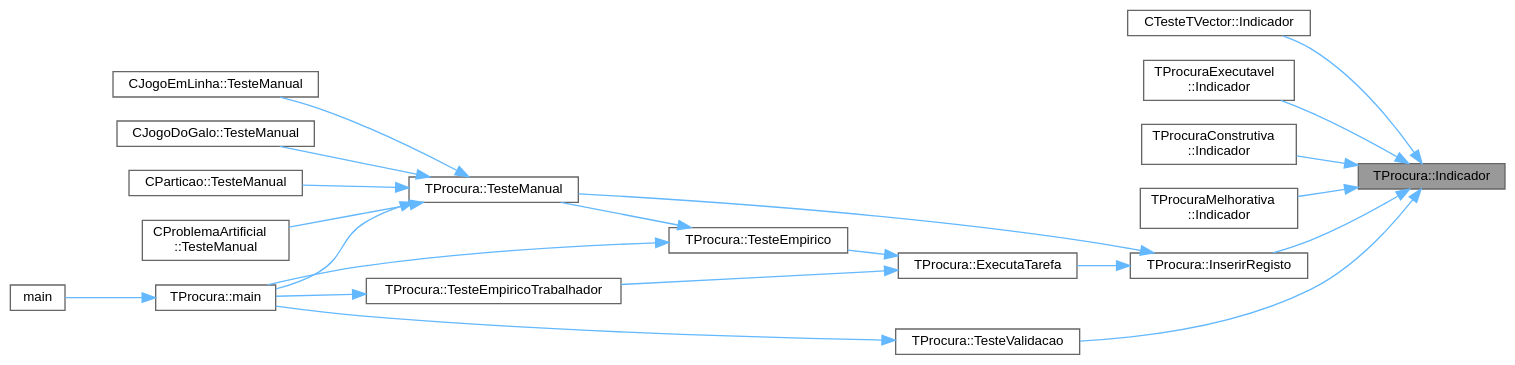
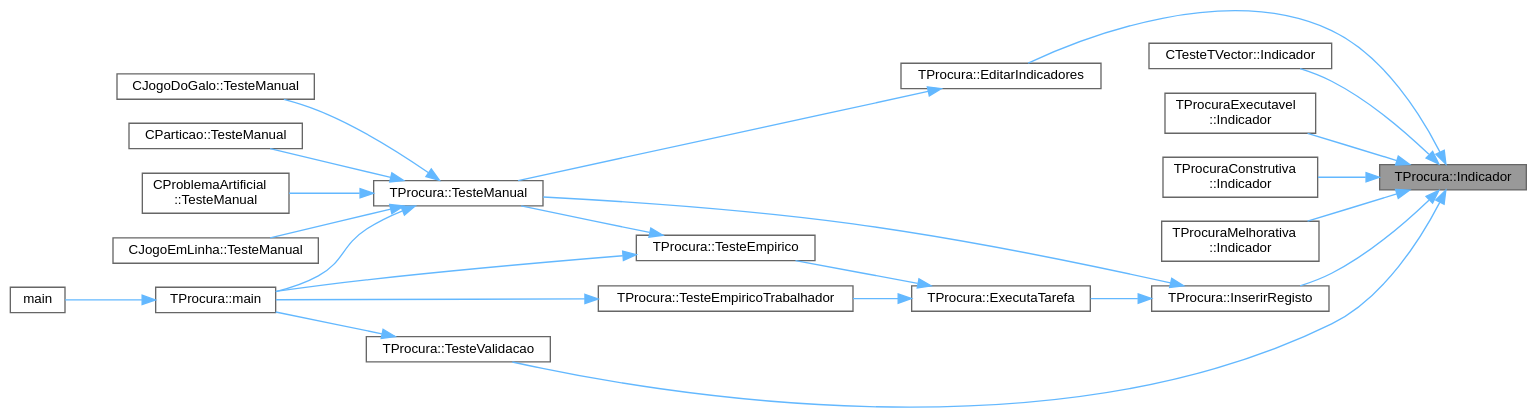
Before and after one commit to jcoelho72/TProcura: the diagram in classTProcura_a39f8ec3e0c97c7bc1bcd45e685168da2_icgraph.dot, drawn with Graphviz. The commit also changed 25 other files, not shown here.

```diff
--- a/classTProcura_a39f8ec3e0c97c7bc1bcd45e685168da2_icgraph.dot
+++ b/classTProcura_a39f8ec3e0c97c7bc1bcd45e685168da2_icgraph.dot
@@ -1,45 +1,48 @@
 digraph "TProcura::Indicador"
 {
  // LATEX_PDF_SIZE
   bgcolor="transparent";
   edge [fontname=Helvetica,fontsize=10,labelfontname=Helvetica,labelfontsize=10];
   node [fontname=Helvetica,fontsize=10,shape=box,height=0.2,width=0.4];
   rankdir="RL";
   Node1 [id="Node000001",label="TProcura::Indicador",height=0.2,width=0.4,color="gray40", fillcolor="grey60", style="filled", fontcolor="black",tooltip="Retorna um indicador, após a execução do algoritmo."];
   Node1 -> Node2 [id="edge1_Node000001_Node000002",dir="back",color="steelblue1",style="solid",tooltip=" "];
-  Node2 [id="Node000002",label="CTesteTVector::Indicador",height=0.2,width=0.4,color="grey40", fillcolor="white", style="filled",URL="$classCTesteTVector.html#a9b2fa997b10ef80c88262c9e1463b767",tooltip="Calcula indicadores de teste."];
-  Node1 -> Node3 [id="edge2_Node000001_Node000003",dir="back",color="steelblue1",style="solid",tooltip=" "];
-  Node3 [id="Node000003",label="TProcuraExecutavel\l::Indicador",height=0.2,width=0.4,color="grey40", fillcolor="white", style="filled",URL="$classTProcuraExecutavel.html#a7a3115baed2f65520c9f709f3865daff",tooltip="retorna indicadores após execução"];
-  Node1 -> Node4 [id="edge3_Node000001_Node000004",dir="back",color="steelblue1",style="solid",tooltip=" "];
-  Node4 [id="Node000004",label="TProcuraConstrutiva\l::Indicador",height=0.2,width=0.4,color="grey40", fillcolor="white", style="filled",URL="$group__RedefinicaoOpcional.html#ga98059503024d1ffc1c8ddaaec1b5a116",tooltip="Redefinição. Ver TProcura::Indicador()."];
-  Node1 -> Node5 [id="edge4_Node000001_Node000005",dir="back",color="steelblue1",style="solid",tooltip=" "];
-  Node5 [id="Node000005",label="TProcuraMelhorativa\l::Indicador",height=0.2,width=0.4,color="grey40", fillcolor="white", style="filled",URL="$classTProcuraMelhorativa.html#a9fb583268291334ec7da02e2216bc7e8",tooltip="Redefinição. Ver TProcura::Indicador()."];
-  Node1 -> Node6 [id="edge5_Node000001_Node000006",dir="back",color="steelblue1",style="solid",tooltip=" "];
-  Node6 [id="Node000006",label="TProcura::InserirRegisto",height=0.2,width=0.4,color="grey40", fillcolor="white", style="filled",URL="$classTProcura.html#acd7a254a5057023a21b9909053c36f24",tooltip="Insere um novo registo de resultados."];
-  Node6 -> Node7 [id="edge6_Node000006_Node000007",dir="back",color="steelblue1",style="solid",tooltip=" "];
-  Node7 [id="Node000007",label="TProcura::ExecutaTarefa",height=0.2,width=0.4,color="grey40", fillcolor="white", style="filled",URL="$classTProcura.html#a2c3c5fdff8277b04a219156dec0f068b",tooltip="Executa uma tarefa num teste empírico."];
-  Node7 -> Node8 [id="edge7_Node000007_Node000008",dir="back",color="steelblue1",style="solid",tooltip=" "];
-  Node8 [id="Node000008",label="TProcura::TesteEmpirico",height=0.2,width=0.4,color="grey40", fillcolor="white", style="filled",URL="$classTProcura.html#acee9af6bb96ce1557fbec912f9ada9ce",tooltip="Executa testes empíricos, em todas as configurações guardadas, nas instâncias selecionadas."];
-  Node8 -> Node9 [id="edge8_Node000008_Node000009",dir="back",color="steelblue1",style="solid",tooltip=" "];
-  Node9 [id="Node000009",label="TProcura::main",height=0.2,width=0.4,color="grey40", fillcolor="white", style="filled",URL="$classTProcura.html#a8efd6f9c08b28effd32ab3ed07b4f70e",tooltip="Inicializa a interação com o utilizador."];
-  Node9 -> Node10 [id="edge9_Node000009_Node000010",dir="back",color="steelblue1",style="solid",tooltip=" "];
-  Node10 [id="Node000010",label="main",height=0.2,width=0.4,color="grey40", fillcolor="white", style="filled",URL="$Adversa_2Teste_2teste_8cpp.html#a0ddf1224851353fc92bfbff6f499fa97",tooltip=" "];
-  Node8 -> Node11 [id="edge10_Node000008_Node000011",dir="back",color="steelblue1",style="solid",tooltip=" "];
-  Node11 [id="Node000011",label="TProcura::TesteManual",height=0.2,width=0.4,color="grey40", fillcolor="white", style="filled",URL="$classTProcura.html#a8331059908495f9a915ada39424ca27c",tooltip="Inicializa a interação com o utilizador."];
-  Node11 -> Node9 [id="edge11_Node000011_Node000009",dir="back",color="steelblue1",style="solid",tooltip=" "];
-  Node11 -> Node12 [id="edge12_Node000011_Node000012",dir="back",color="steelblue1",style="solid",tooltip=" "];
-  Node12 [id="Node000012",label="CJogoDoGalo::TesteManual",height=0.2,width=0.4,color="grey40", fillcolor="white", style="filled",URL="$classCJogoDoGalo.html#a113984a3801a93ebce61e0a700a413ab",tooltip=" "];
-  Node11 -> Node13 [id="edge13_Node000011_Node000013",dir="back",color="steelblue1",style="solid",tooltip=" "];
-  Node13 [id="Node000013",label="CParticao::TesteManual",height=0.2,width=0.4,color="grey40", fillcolor="white", style="filled",URL="$classCParticao.html#aa4d328b9944991f3fc52ce0726111865",tooltip=" "];
-  Node11 -> Node14 [id="edge14_Node000011_Node000014",dir="back",color="steelblue1",style="solid",tooltip=" "];
-  Node14 [id="Node000014",label="CProblemaArtificial\l::TesteManual",height=0.2,width=0.4,color="grey40", fillcolor="white", style="filled",URL="$classCProblemaArtificial.html#abaad629eb538177261df40e1e27e92ed",tooltip=" "];
-  Node11 -> Node15 [id="edge15_Node000011_Node000015",dir="back",color="steelblue1",style="solid",tooltip=" "];
-  Node15 [id="Node000015",label="CJogoEmLinha::TesteManual",height=0.2,width=0.4,color="grey40", fillcolor="white", style="filled",URL="$classCJogoEmLinha.html#a605b4293eeaed3fd542afe36edcc8d51",tooltip="Inicializa a interação com o utilizador."];
-  Node7 -> Node16 [id="edge16_Node000007_Node000016",dir="back",color="steelblue1",style="solid",tooltip=" "];
-  Node16 [id="Node000016",label="TProcura::TesteEmpiricoTrabalhador",height=0.2,width=0.4,color="grey40", fillcolor="white", style="filled",URL="$classTProcura.html#a79047083f0756a123a7e489027d48c3a",tooltip="Teste empírico com modo mestre-escravo (este é o escravo)"];
-  Node16 -> Node9 [id="edge17_Node000016_Node000009",dir="back",color="steelblue1",style="solid",tooltip=" "];
-  Node6 -> Node11 [id="edge18_Node000006_Node000011",dir="back",color="steelblue1",style="solid",tooltip=" "];
-  Node1 -> Node17 [id="edge19_Node000001_Node000017",dir="back",color="steelblue1",style="solid",tooltip=" "];
-  Node17 [id="Node000017",label="TProcura::TesteValidacao",height=0.2,width=0.4,color="grey40", fillcolor="white", style="filled",URL="$classTProcura.html#a60074f8de5e9e28abcc68246f8dfae8e",tooltip="Executa testes de validação, executando cada solução na instância respetiva, e verificando a sua vali..."];
-  Node17 -> Node9 [id="edge20_Node000017_Node000009",dir="back",color="steelblue1",style="solid",tooltip=" "];
+  Node2 [id="Node000002",label="TProcura::EditarIndicadores",height=0.2,width=0.4,color="grey40", fillcolor="white", style="filled",URL="$classTProcura.html#a8f5d1ccb82a33db762fbb8400eeacf39",tooltip="Permite ao utilizador editar os indicadores a utilizar."];
+  Node2 -> Node3 [id="edge2_Node000002_Node000003",dir="back",color="steelblue1",style="solid",tooltip=" "];
+  Node3 [id="Node000003",label="TProcura::TesteManual",height=0.2,width=0.4,color="grey40", fillcolor="white", style="filled",URL="$classTProcura.html#a8331059908495f9a915ada39424ca27c",tooltip="Inicializa a interação com o utilizador."];
+  Node3 -> Node4 [id="edge3_Node000003_Node000004",dir="back",color="steelblue1",style="solid",tooltip=" "];
+  Node4 [id="Node000004",label="TProcura::main",height=0.2,width=0.4,color="grey40", fillcolor="white", style="filled",URL="$classTProcura.html#a8efd6f9c08b28effd32ab3ed07b4f70e",tooltip="Inicializa a interação com o utilizador."];
+  Node4 -> Node5 [id="edge4_Node000004_Node000005",dir="back",color="steelblue1",style="solid",tooltip=" "];
+  Node5 [id="Node000005",label="main",height=0.2,width=0.4,color="grey40", fillcolor="white", style="filled",URL="$Adversa_2Teste_2teste_8cpp.html#a0ddf1224851353fc92bfbff6f499fa97",tooltip=" "];
+  Node3 -> Node6 [id="edge5_Node000003_Node000006",dir="back",color="steelblue1",style="solid",tooltip=" "];
+  Node6 [id="Node000006",label="CJogoDoGalo::TesteManual",height=0.2,width=0.4,color="grey40", fillcolor="white", style="filled",URL="$classCJogoDoGalo.html#a113984a3801a93ebce61e0a700a413ab",tooltip=" "];
+  Node3 -> Node7 [id="edge6_Node000003_Node000007",dir="back",color="steelblue1",style="solid",tooltip=" "];
+  Node7 [id="Node000007",label="CParticao::TesteManual",height=0.2,width=0.4,color="grey40", fillcolor="white", style="filled",URL="$classCParticao.html#aa4d328b9944991f3fc52ce0726111865",tooltip=" "];
+  Node3 -> Node8 [id="edge7_Node000003_Node000008",dir="back",color="steelblue1",style="solid",tooltip=" "];
+  Node8 [id="Node000008",label="CProblemaArtificial\l::TesteManual",height=0.2,width=0.4,color="grey40", fillcolor="white", style="filled",URL="$classCProblemaArtificial.html#abaad629eb538177261df40e1e27e92ed",tooltip=" "];
+  Node3 -> Node9 [id="edge8_Node000003_Node000009",dir="back",color="steelblue1",style="solid",tooltip=" "];
+  Node9 [id="Node000009",label="CJogoEmLinha::TesteManual",height=0.2,width=0.4,color="grey40", fillcolor="white", style="filled",URL="$classCJogoEmLinha.html#a605b4293eeaed3fd542afe36edcc8d51",tooltip="Inicializa a interação com o utilizador."];
+  Node1 -> Node10 [id="edge9_Node000001_Node000010",dir="back",color="steelblue1",style="solid",tooltip=" "];
+  Node10 [id="Node000010",label="CTesteTVector::Indicador",height=0.2,width=0.4,color="grey40", fillcolor="white", style="filled",URL="$classCTesteTVector.html#a9b2fa997b10ef80c88262c9e1463b767",tooltip="Calcula indicadores de teste."];
+  Node1 -> Node11 [id="edge10_Node000001_Node000011",dir="back",color="steelblue1",style="solid",tooltip=" "];
+  Node11 [id="Node000011",label="TProcuraExecutavel\l::Indicador",height=0.2,width=0.4,color="grey40", fillcolor="white", style="filled",URL="$classTProcuraExecutavel.html#a7a3115baed2f65520c9f709f3865daff",tooltip="retorna indicadores após execução"];
+  Node1 -> Node12 [id="edge11_Node000001_Node000012",dir="back",color="steelblue1",style="solid",tooltip=" "];
+  Node12 [id="Node000012",label="TProcuraConstrutiva\l::Indicador",height=0.2,width=0.4,color="grey40", fillcolor="white", style="filled",URL="$group__RedefinicaoOpcional.html#ga98059503024d1ffc1c8ddaaec1b5a116",tooltip="Redefinição. Ver TProcura::Indicador()."];
+  Node1 -> Node13 [id="edge12_Node000001_Node000013",dir="back",color="steelblue1",style="solid",tooltip=" "];
+  Node13 [id="Node000013",label="TProcuraMelhorativa\l::Indicador",height=0.2,width=0.4,color="grey40", fillcolor="white", style="filled",URL="$classTProcuraMelhorativa.html#a9fb583268291334ec7da02e2216bc7e8",tooltip="Redefinição. Ver TProcura::Indicador()."];
+  Node1 -> Node14 [id="edge13_Node000001_Node000014",dir="back",color="steelblue1",style="solid",tooltip=" "];
+  Node14 [id="Node000014",label="TProcura::InserirRegisto",height=0.2,width=0.4,color="grey40", fillcolor="white", style="filled",URL="$classTProcura.html#acd7a254a5057023a21b9909053c36f24",tooltip="Insere um novo registo de resultados."];
+  Node14 -> Node15 [id="edge14_Node000014_Node000015",dir="back",color="steelblue1",style="solid",tooltip=" "];
+  Node15 [id="Node000015",label="TProcura::ExecutaTarefa",height=0.2,width=0.4,color="grey40", fillcolor="white", style="filled",URL="$classTProcura.html#a2c3c5fdff8277b04a219156dec0f068b",tooltip="Executa uma tarefa num teste empírico."];
+  Node15 -> Node16 [id="edge15_Node000015_Node000016",dir="back",color="steelblue1",style="solid",tooltip=" "];
+  Node16 [id="Node000016",label="TProcura::TesteEmpirico",height=0.2,width=0.4,color="grey40", fillcolor="white", style="filled",URL="$classTProcura.html#acee9af6bb96ce1557fbec912f9ada9ce",tooltip="Executa testes empíricos, em todas as configurações guardadas, nas instâncias selecionadas."];
+  Node16 -> Node4 [id="edge16_Node000016_Node000004",dir="back",color="steelblue1",style="solid",tooltip=" "];
+  Node16 -> Node3 [id="edge17_Node000016_Node000003",dir="back",color="steelblue1",style="solid",tooltip=" "];
+  Node15 -> Node17 [id="edge18_Node000015_Node000017",dir="back",color="steelblue1",style="solid",tooltip=" "];
+  Node17 [id="Node000017",label="TProcura::TesteEmpiricoTrabalhador",height=0.2,width=0.4,color="grey40", fillcolor="white", style="filled",URL="$classTProcura.html#a79047083f0756a123a7e489027d48c3a",tooltip="Teste empírico com modo mestre-escravo (este é o escravo)"];
+  Node17 -> Node4 [id="edge19_Node000017_Node000004",dir="back",color="steelblue1",style="solid",tooltip=" "];
+  Node14 -> Node3 [id="edge20_Node000014_Node000003",dir="back",color="steelblue1",style="solid",tooltip=" "];
+  Node1 -> Node18 [id="edge21_Node000001_Node000018",dir="back",color="steelblue1",style="solid",tooltip=" "];
+  Node18 [id="Node000018",label="TProcura::TesteValidacao",height=0.2,width=0.4,color="grey40", fillcolor="white", style="filled",URL="$classTProcura.html#a60074f8de5e9e28abcc68246f8dfae8e",tooltip="Executa testes de validação, executando cada solução na instância respetiva, e verificando a sua vali..."];
+  Node18 -> Node4 [id="edge22_Node000018_Node000004",dir="back",color="steelblue1",style="solid",tooltip=" "];
 }
```
